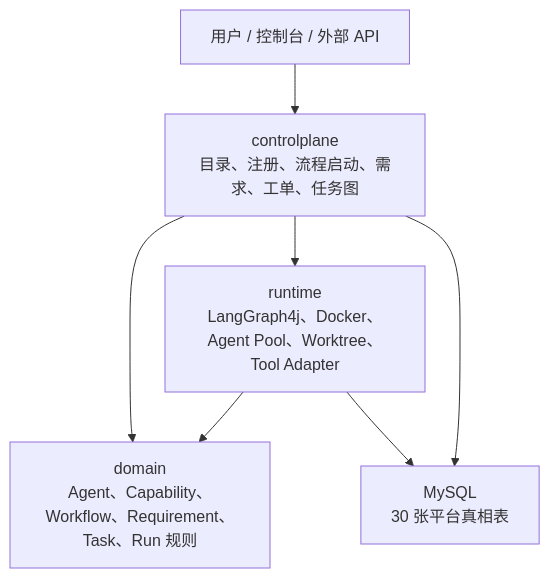
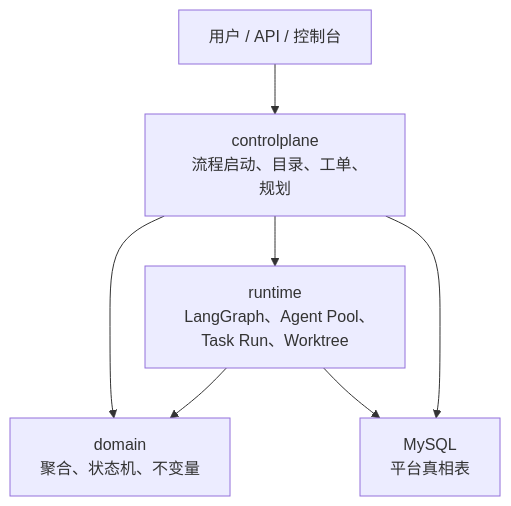
Before and after one commit to xilufeisaigao/AgentX: the diagram in docs/architecture/01-three-layer-architecture.md, drawn with Mermaid. The commit also changed other lines of this file and 7 other files, not shown here.

Commit message:
docs: consolidate architecture and state machine docs

````diff
--- a/docs/architecture/01-three-layer-architecture.md
+++ b/docs/architecture/01-three-layer-architecture.md
@@ -13,15 +7,19 @@
 ```mermaid
 flowchart TB
-  U["用户 / 控制台 / 外部 API"]
-  CP["controlplane\n目录、注册、流程启动、需求、工单、任务图"]
-  DM["domain\nAgent、Capability、Workflow、Requirement、Task、Run 规则"]
-  RT["runtime\nLangGraph4j、Docker、Agent Pool、Worktree、Tool Adapter"]
-  DB["MySQL\n30 张平台真相表"]
+  USER["用户 / API / 控制台"]
+  CP["controlplane
+  流程启动、目录、工单、规划"]
+  DM["domain
+  聚合、状态机、不变量"]
+  RT["runtime
+  LangGraph、Agent Pool、Task Run、Worktree"]
+  DB["MySQL
+  平台真相表"]
 
-  U --> CP
+  USER --> CP
   CP --> DM
+  CP --> RT
   RT --> DM
-  CP --> RT
   CP --> DB
   RT --> DB
 ```
````
